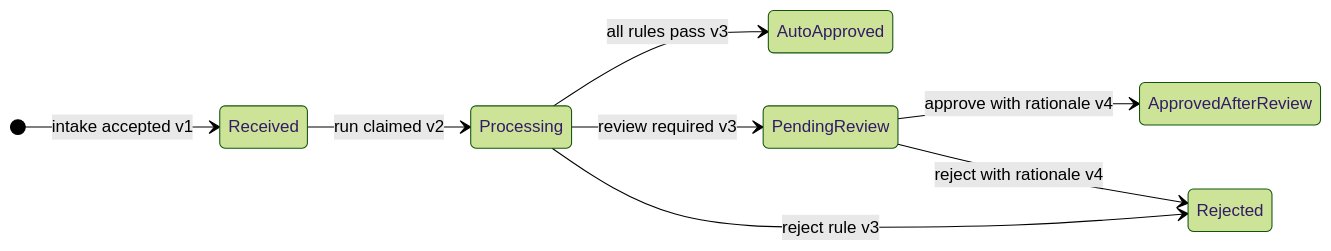
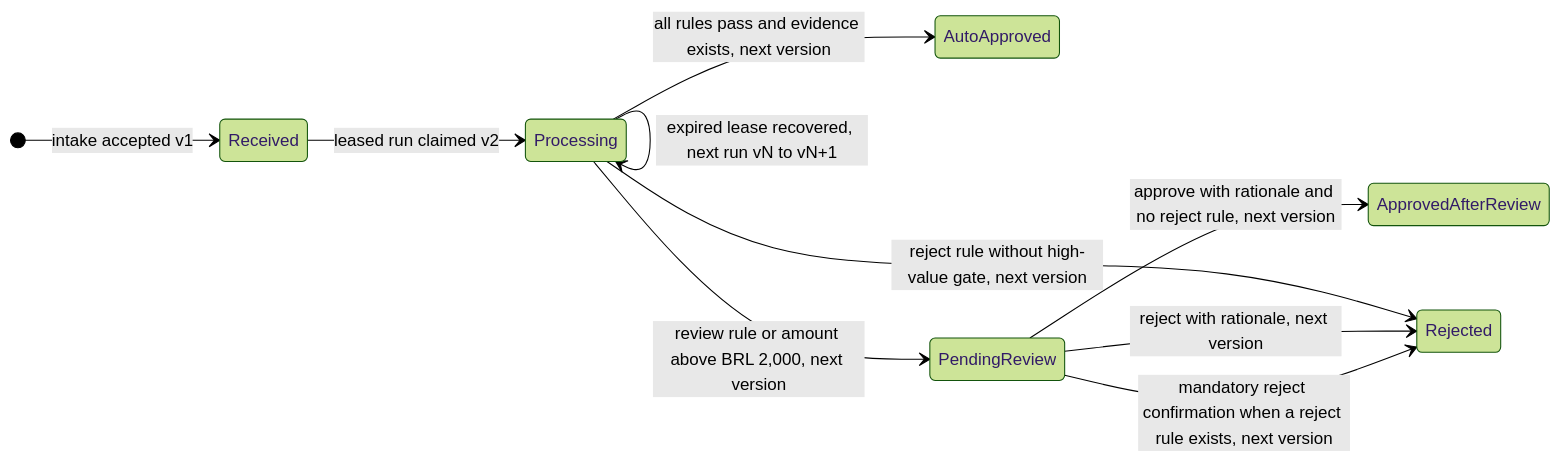
Before and after one commit to Dev-Luigy/automation_luigygabriel: the second of 8 diagrams in docs/diagrams.md, drawn with Mermaid (forest theme). The commit also changed other lines of this file and 10 other files, not shown here.

Commit message:
docs: align architecture and traceability model

````diff
--- a/docs/diagrams.md
+++ b/docs/diagrams.md
@@ -67,12 +94,14 @@
 ```mermaid
 stateDiagram-v2
     direction LR
 
     [*] --> Received: intake accepted v1
-    Received --> Processing: run claimed v2
-    Processing --> AutoApproved: all rules pass v3
-    Processing --> PendingReview: review required v3
-    Processing --> Rejected: reject rule v3
-    PendingReview --> ApprovedAfterReview: approve with rationale v4
-    PendingReview --> Rejected: reject with rationale v4
+    Received --> Processing: leased run claimed v2
+    Processing --> Processing: expired lease recovered, next run vN to vN+1
+    Processing --> AutoApproved: all rules pass and evidence exists, next version
+    Processing --> PendingReview: review rule or amount above BRL 2,000, next version
+    Processing --> Rejected: reject rule without high-value gate, next version
+    PendingReview --> ApprovedAfterReview: approve with rationale and no reject rule, next version
+    PendingReview --> Rejected: reject with rationale, next version
+    PendingReview --> Rejected: mandatory reject confirmation when a reject rule exists, next version
 ```
````
